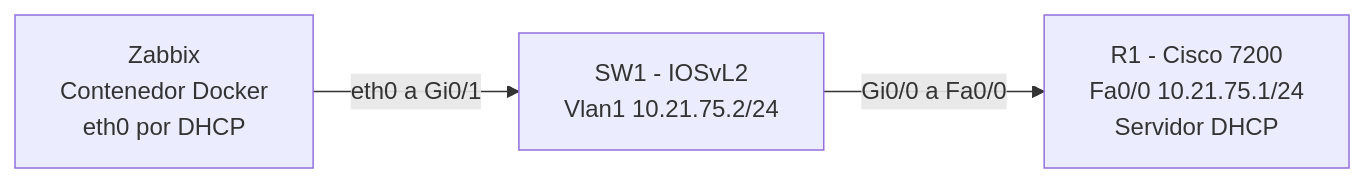
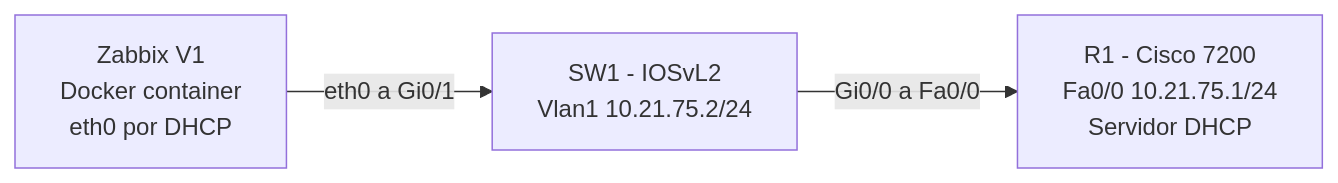
One commit to fredcastillo/Zabbix-SNMP-Network-Monitoring-Lab changed the first of 4 diagrams in docs/01-arquitectura.md. Above: the diagram before and after it, drawn with Mermaid. The commit also changed other lines of this file and 20 other files, not shown here.

````diff
--- a/docs/01-arquitectura.md
+++ b/docs/01-arquitectura.md
@@ -17,5 +17,5 @@
 ```mermaid
 graph LR
-    ZBX["Zabbix<br/>Contenedor Docker<br/>eth0 por DHCP"] -- "eth0 a Gi0/1" --> SW["SW1 - IOSvL2<br/>Vlan1 10.21.75.2/24"]
+    ZBX["Zabbix V1<br/>Docker container<br/>eth0 por DHCP"] -- "eth0 a Gi0/1" --> SW["SW1 - IOSvL2<br/>Vlan1 10.21.75.2/24"]
     SW -- "Gi0/0 a Fa0/0" --> R1["R1 - Cisco 7200<br/>Fa0/0 10.21.75.1/24<br/>Servidor DHCP"]
 ```
````
